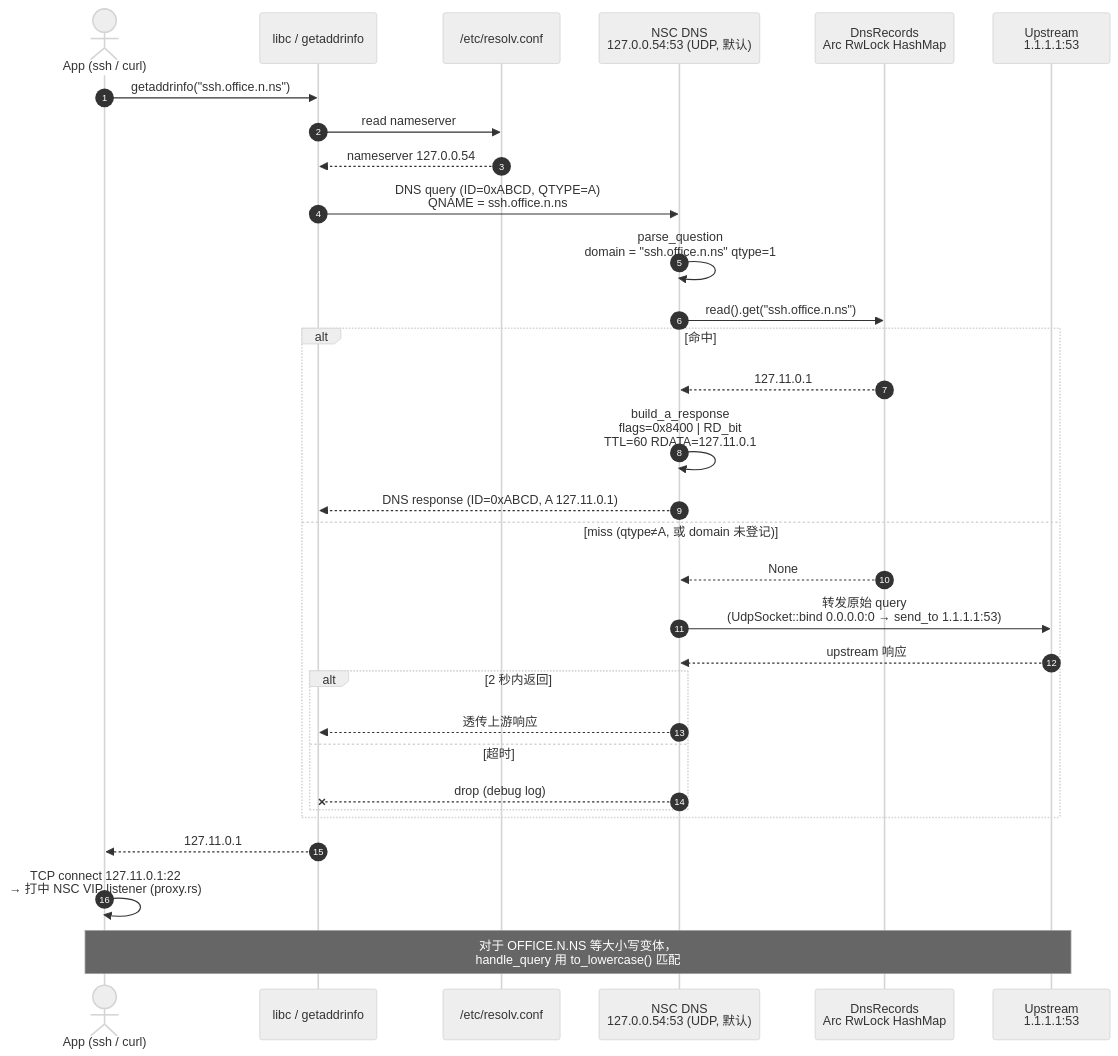
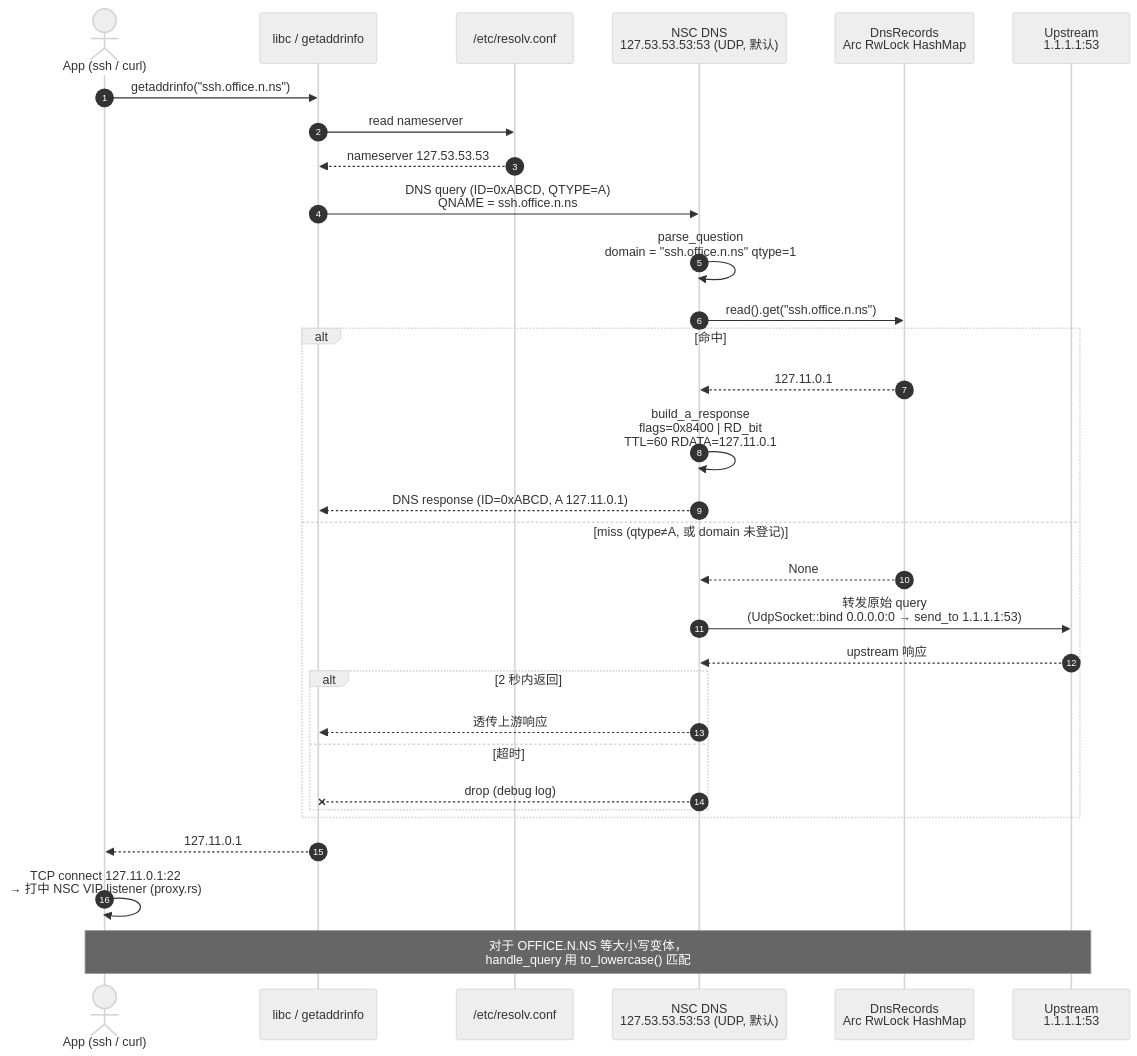
One commit to nsiod/docs changed the diagram in docs/06-nsc-client/diagrams/dns-resolve.mmd. Above: the diagram before and after it, drawn with Mermaid (neutral theme). The commit also changed 8 other files, not shown here.

First line of the commit message:
docs(nsc): use mnemonic 127.53.53.53:53 as DNS default

```diff
--- a/docs/06-nsc-client/diagrams/dns-resolve.mmd
+++ b/docs/06-nsc-client/diagrams/dns-resolve.mmd
@@ -1,36 +1,36 @@
 sequenceDiagram
   autonumber
   actor App as App (ssh / curl)
   participant LIBC as libc / getaddrinfo
   participant RC as /etc/resolv.conf
-  participant NSCD as NSC DNS<br/>127.0.0.54:53 (UDP, 默认)
+  participant NSCD as NSC DNS<br/>127.53.53.53:53 (UDP, 默认)
   participant MAP as DnsRecords<br/>Arc RwLock HashMap
   participant UP as Upstream<br/>1.1.1.1:53
 
   App->>LIBC: getaddrinfo("ssh.office.n.ns")
   LIBC->>RC: read nameserver
-  RC-->>LIBC: nameserver 127.0.0.54
+  RC-->>LIBC: nameserver 127.53.53.53
   LIBC->>NSCD: DNS query (ID=0xABCD, QTYPE=A)<br/>QNAME = ssh.office.n.ns
 
   NSCD->>NSCD: parse_question<br/>domain = "ssh.office.n.ns" qtype=1
   NSCD->>MAP: read().get("ssh.office.n.ns")
 
   alt 命中
     MAP-->>NSCD: 127.11.0.1
     NSCD->>NSCD: build_a_response<br/>flags=0x8400 | RD_bit<br/>TTL=60 RDATA=127.11.0.1
     NSCD-->>LIBC: DNS response (ID=0xABCD, A 127.11.0.1)
   else miss (qtype≠A, 或 domain 未登记)
     MAP-->>NSCD: None
     NSCD->>UP: 转发原始 query<br/>(UdpSocket::bind 0.0.0.0:0 → send_to 1.1.1.1:53)
     UP-->>NSCD: upstream 响应
     alt 2 秒内返回
       NSCD-->>LIBC: 透传上游响应
     else 超时
       NSCD--xLIBC: drop (debug log)
     end
   end
 
   LIBC-->>App: 127.11.0.1
 
   App->>App: TCP connect 127.11.0.1:22<br/>→ 打中 NSC VIP listener (proxy.rs)
   Note over App,UP: 对于 OFFICE.N.NS 等大小写变体，<br/>handle_query 用 to_lowercase() 匹配
```
